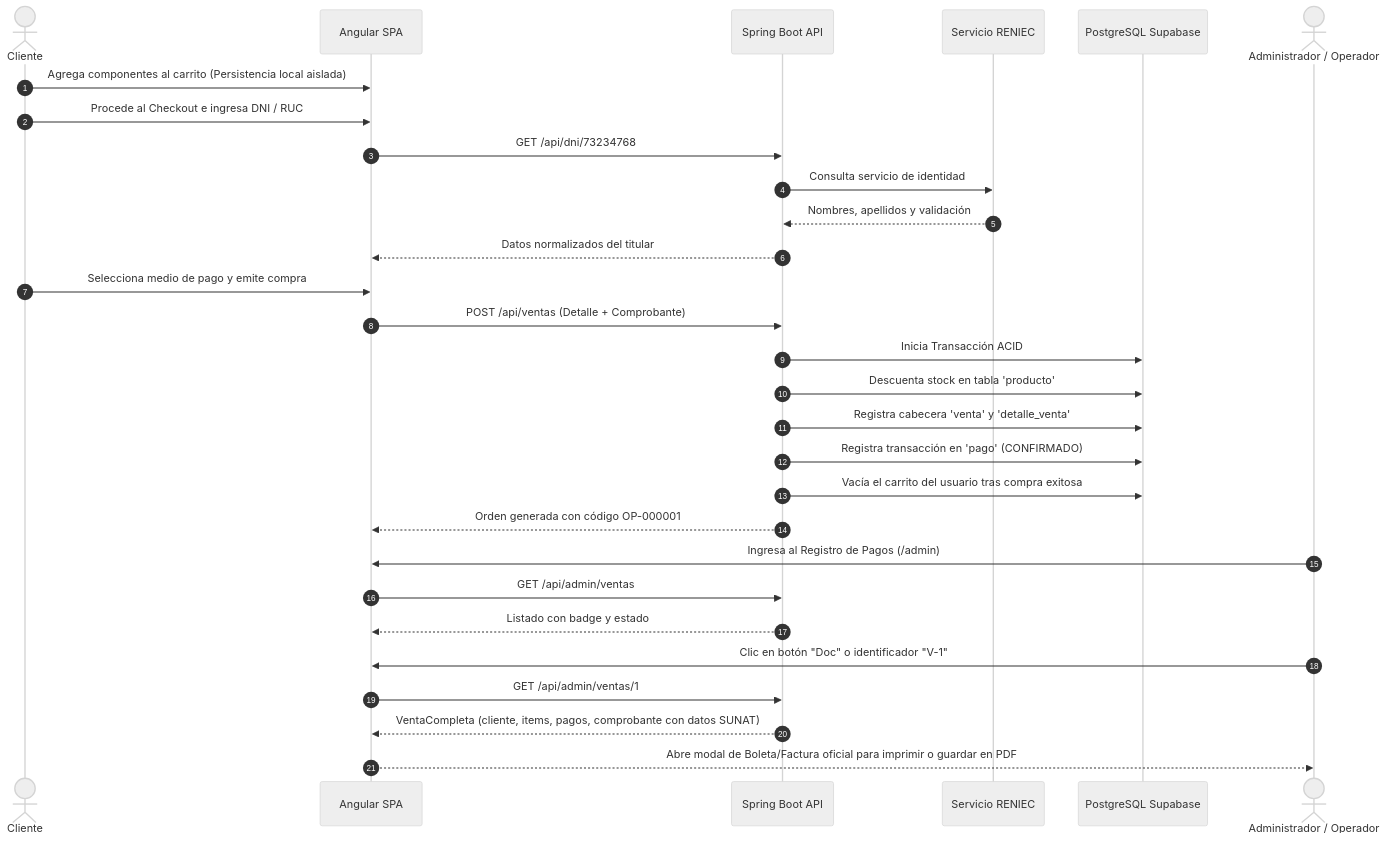
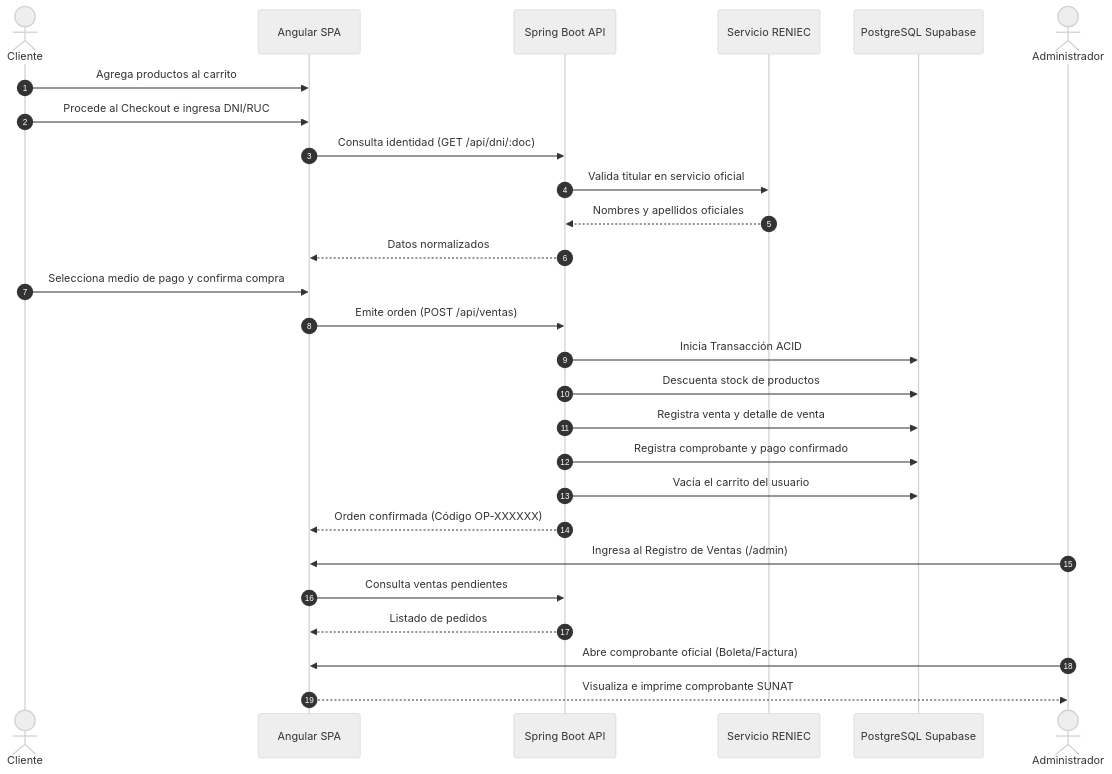
One commit to MrCarlos17A/TechZone changed the second of 9 diagrams in README.md. Above: the diagram before and after it, drawn with Mermaid (neutral theme). The commit also changed other lines of this file, not shown here.

Commit message:
docs: correción de los diagramas del README

````diff
--- a/README.md
+++ b/README.md
@@ -156,33 +169,30 @@
 ```mermaid
 sequenceDiagram
     autonumber
     actor Cliente as Cliente
     participant Front as Angular SPA
     participant Back as Spring Boot API
     participant RENIEC as Servicio RENIEC
     participant DB as PostgreSQL Supabase
-    actor Admin as Administrador / Operador
+    actor Admin as Administrador
 
-    Cliente->>Front: Agrega componentes al carrito (Persistencia local aislada)
-    Cliente->>Front: Procede al Checkout e ingresa DNI / RUC
-    Front->>Back: GET /api/dni/73234768
-    Back->>RENIEC: Consulta servicio de identidad
-    RENIEC-->>Back: Nombres, apellidos y validación
-    Back-->>Front: Datos normalizados del titular
-    Cliente->>Front: Selecciona medio de pago y emite compra
-    Front->>Back: POST /api/ventas (Detalle + Comprobante)
+    Cliente->>Front: Agrega productos al carrito
+    Cliente->>Front: Procede al Checkout e ingresa DNI/RUC
+    Front->>Back: Consulta identidad (GET /api/dni/:doc)
+    Back->>RENIEC: Valida titular en servicio oficial
+    RENIEC-->>Back: Nombres y apellidos oficiales
+    Back-->>Front: Datos normalizados
+    Cliente->>Front: Selecciona medio de pago y confirma compra
+    Front->>Back: Emite orden (POST /api/ventas)
     Back->>DB: Inicia Transacción ACID
-    Back->>DB: Descuenta stock en tabla 'producto'
-    Back->>DB: Registra cabecera 'venta' y 'detalle_venta'
-    Back->>DB: Registra transacción en 'pago' (CONFIRMADO)
-    Back->>DB: Vacía el carrito del usuario tras compra exitosa
-    Back-->>Front: Orden generada con código OP-000001
-    
-    Admin->>Front: Ingresa al Registro de Pagos (/admin)
-    Front->>Back: GET /api/admin/ventas
-    Back-->>Front: Listado con badge y estado
-    Admin->>Front: Clic en botón "Doc" o identificador "V-1"
-    Front->>Back: GET /api/admin/ventas/1
-    Back-->>Front: VentaCompleta (cliente, items, pagos, comprobante con datos SUNAT)
-    Front-->>Admin: Abre modal de Boleta/Factura oficial para imprimir o guardar en PDF
+    Back->>DB: Descuenta stock de productos
+    Back->>DB: Registra venta y detalle de venta
+    Back->>DB: Registra comprobante y pago confirmado
+    Back->>DB: Vacía el carrito del usuario
+    Back-->>Front: Orden confirmada (Código OP-XXXXXX)
+    Admin->>Front: Ingresa al Registro de Ventas (/admin)
+    Front->>Back: Consulta ventas pendientes
+    Back-->>Front: Listado de pedidos
+    Admin->>Front: Abre comprobante oficial (Boleta/Factura)
+    Front-->>Admin: Visualiza e imprime comprobante SUNAT
 ```
````
